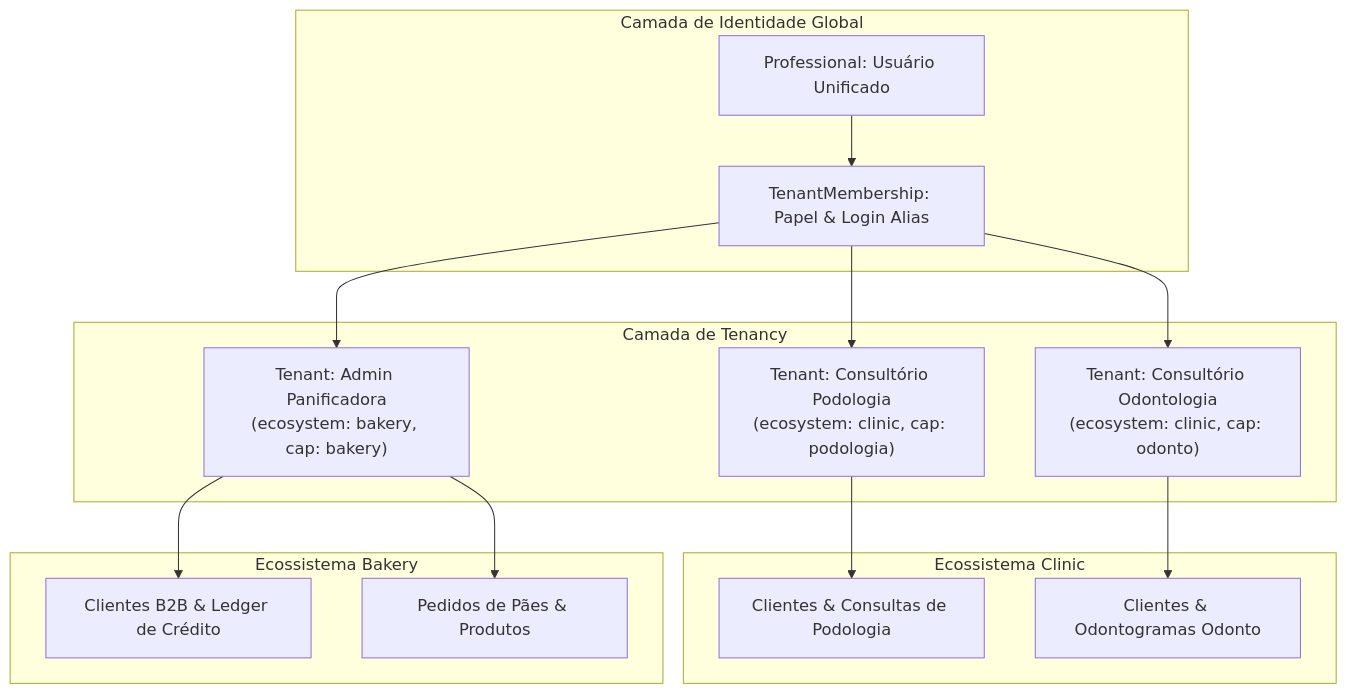
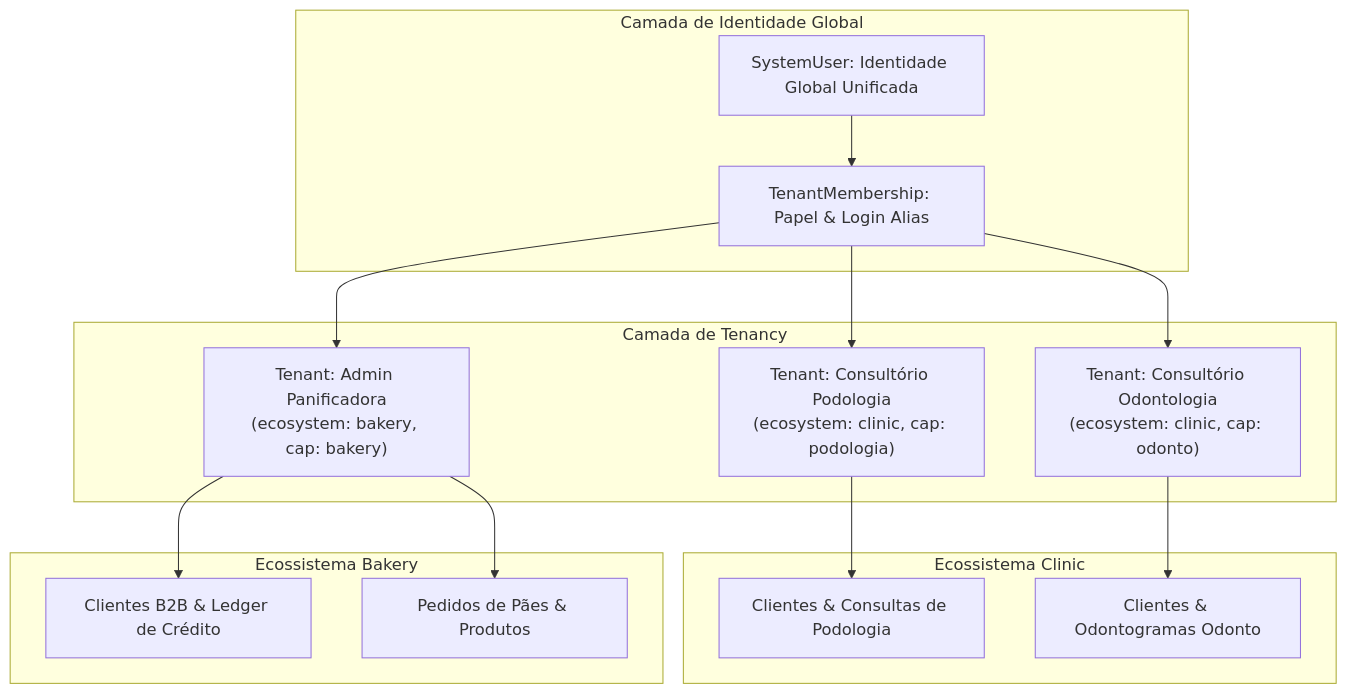
One commit to EduFBasso/eb-system-backend changed the diagram in backend/ARCHITECTURE.md. Above: the diagram before and after it, drawn with Mermaid. The commit also changed other lines of this file and 49 other files, not shown here.

First line of the commit message:
refactor(auth): rename Professional model to SystemUser

````diff
--- a/backend/ARCHITECTURE.md
+++ b/backend/ARCHITECTURE.md
@@ -152,27 +152,27 @@
 ```mermaid
 graph TD
     subgraph "Camada de Identidade Global"
-        P[Professional: Usuário Unificado]
+        P[SystemUser: Identidade Global Unificada]
         TM[TenantMembership: Papel & Login Alias]
         P --> TM
     end
 
     subgraph "Camada de Tenancy"
         T_Podo["Tenant: Consultório Podologia<br>(ecosystem: clinic, cap: podologia)"]
         T_Odonto["Tenant: Consultório Odontologia<br>(ecosystem: clinic, cap: odonto)"]
         T_Bakery["Tenant: Admin Panificadora<br>(ecosystem: bakery, cap: bakery)"]
         TM --> T_Podo
         TM --> T_Odonto
         TM --> T_Bakery
     end
 
     subgraph "Ecossistema Clinic"
         T_Podo --> C_Podo[Clientes & Consultas de Podologia]
         T_Odonto --> C_Odonto[Clientes & Odontogramas Odonto]
     end
 
     subgraph "Ecossistema Bakery"
         T_Bakery --> B_Cust[Clientes B2B & Ledger de Crédito]
         T_Bakery --> B_Ord[Pedidos de Pães & Produtos]
     end
 ```
````
